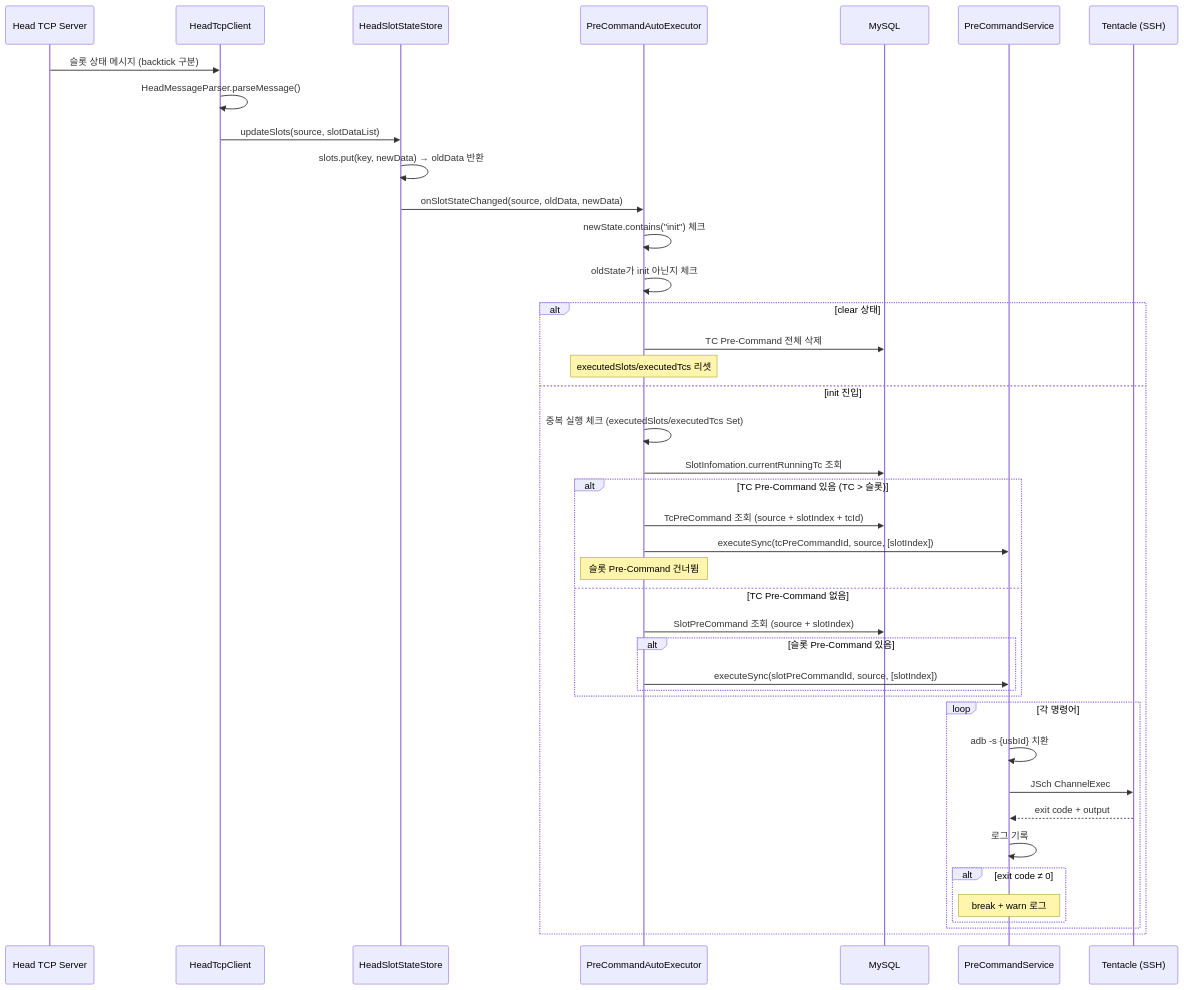
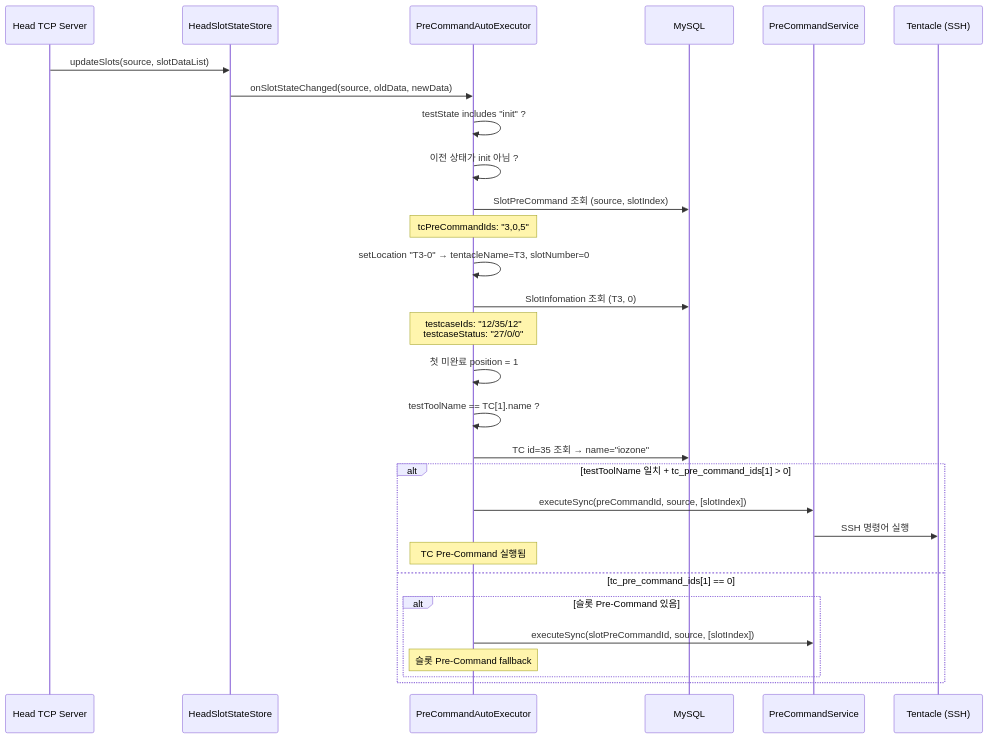
Before and after one commit to kakaromo/kakaromo.github.io: the second of 4 diagrams in src/content/docs/internals/pre-command-execution-flow.md, drawn with Mermaid. The commit also changed other lines of this file and 3 other files, not shown here.

First line of the commit message:
docs: Pre-Command 문서 개편 — position 기반 통합 구조, Mockup, DB 흐름

````diff
--- a/src/content/docs/internals/pre-command-execution-flow.md
+++ b/src/content/docs/internals/pre-command-execution-flow.md
@@ -81,50 +46,38 @@
 ```mermaid
 sequenceDiagram
     participant HEAD as Head TCP Server
-    participant TCP as HeadTcpClient
     participant STORE as HeadSlotStateStore
     participant AUTO as PreCommandAutoExecutor
     participant DB as MySQL
     participant SVC as PreCommandService
     participant SSH as Tentacle (SSH)
 
-    HEAD->>TCP: 슬롯 상태 메시지 (backtick 구분)
-    TCP->>TCP: HeadMessageParser.parseMessage()
-    TCP->>STORE: updateSlots(source, slotDataList)
-
-    STORE->>STORE: slots.put(key, newData) → oldData 반환
+    HEAD->>STORE: updateSlots(source, slotDataList)
     STORE->>AUTO: onSlotStateChanged(source, oldData, newData)
 
-    AUTO->>AUTO: newState.contains("init") 체크
-    AUTO->>AUTO: oldState가 init 아닌지 체크
+    AUTO->>AUTO: testState includes "init" ?
+    AUTO->>AUTO: 이전 상태가 init 아님 ?
 
-    alt clear 상태
-        AUTO->>DB: TC Pre-Command 전체 삭제
-        Note over AUTO: executedSlots/executedTcs 리셋
-    else init 진입
-        AUTO->>AUTO: 중복 실행 체크 (executedSlots/executedTcs Set)
-        AUTO->>DB: SlotInfomation.currentRunningTc 조회
+    AUTO->>DB: SlotPreCommand 조회 (source, slotIndex)
+    Note over AUTO: tcPreCommandIds: "3,0,5"
 
-        alt TC Pre-Command 있음 (TC > 슬롯)
-            AUTO->>DB: TcPreCommand 조회 (source + slotIndex + tcId)
-            AUTO->>SVC: executeSync(tcPreCommandId, source, [slotIndex])
-            Note over AUTO: 슬롯 Pre-Command 건너뜀
-        else TC Pre-Command 없음
-            AUTO->>DB: SlotPreCommand 조회 (source + slotIndex)
-            alt 슬롯 Pre-Command 있음
-                AUTO->>SVC: executeSync(slotPreCommandId, source, [slotIndex])
-            end
-        end
+    AUTO->>AUTO: setLocation "T3-0" → tentacleName=T3, slotNumber=0
+    AUTO->>DB: SlotInfomation 조회 (T3, 0)
+    Note over AUTO: testcaseIds: "12/35/12"<br/>testcaseStatus: "27/0/0"
 
-        loop 각 명령어
-            SVC->>SVC: adb -s {usbId} 치환
-            SVC->>SSH: JSch ChannelExec
-            SSH-->>SVC: exit code + output
-            SVC->>SVC: 로그 기록
+    AUTO->>AUTO: 첫 미완료 position = 1
 
-            alt exit code ≠ 0
-                Note over SVC: break + warn 로그
-            end
+    AUTO->>AUTO: testToolName == TC[1].name ?
+    AUTO->>DB: TC id=35 조회 → name="iozone"
+
+    alt testToolName 일치 + tc_pre_command_ids[1] > 0
+        AUTO->>SVC: executeSync(preCommandId, source, [slotIndex])
+        SVC->>SSH: SSH 명령어 실행
+        Note over AUTO: TC Pre-Command 실행됨
+    else tc_pre_command_ids[1] == 0
+        alt 슬롯 Pre-Command 있음
+            AUTO->>SVC: executeSync(slotPreCommandId, source, [slotIndex])
+            Note over AUTO: 슬롯 Pre-Command fallback
         end
     end
 ```
````
